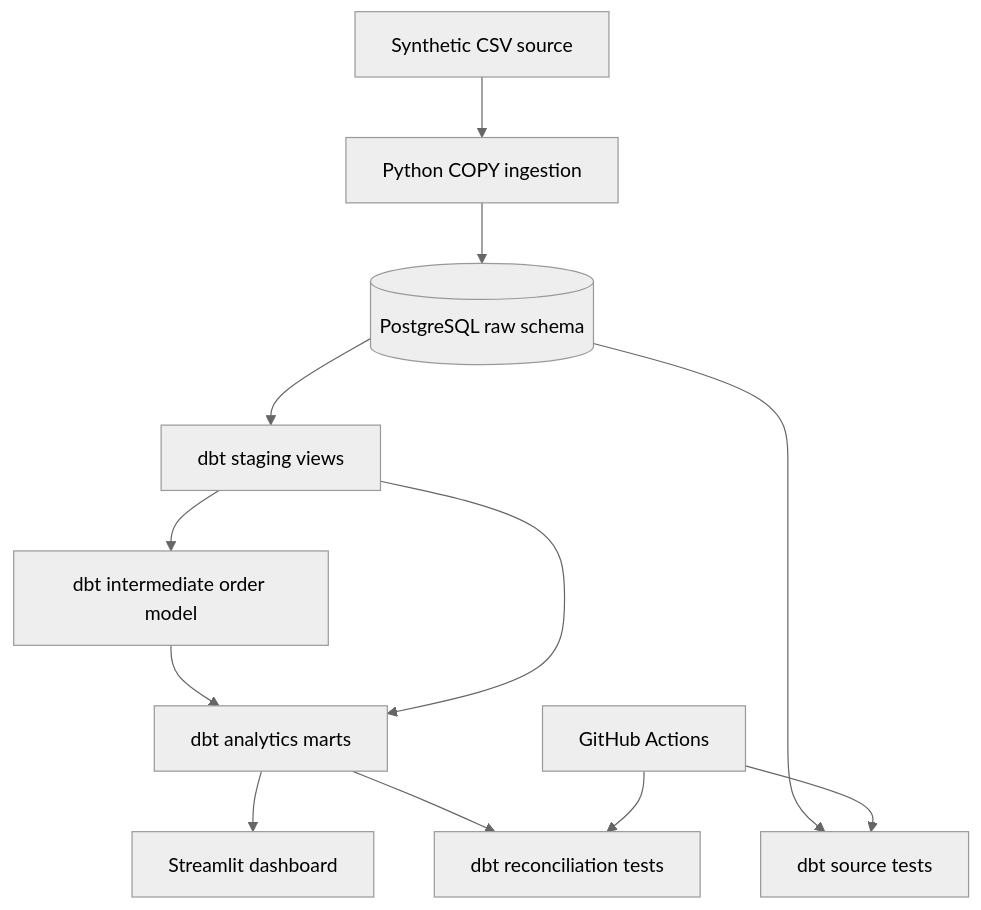
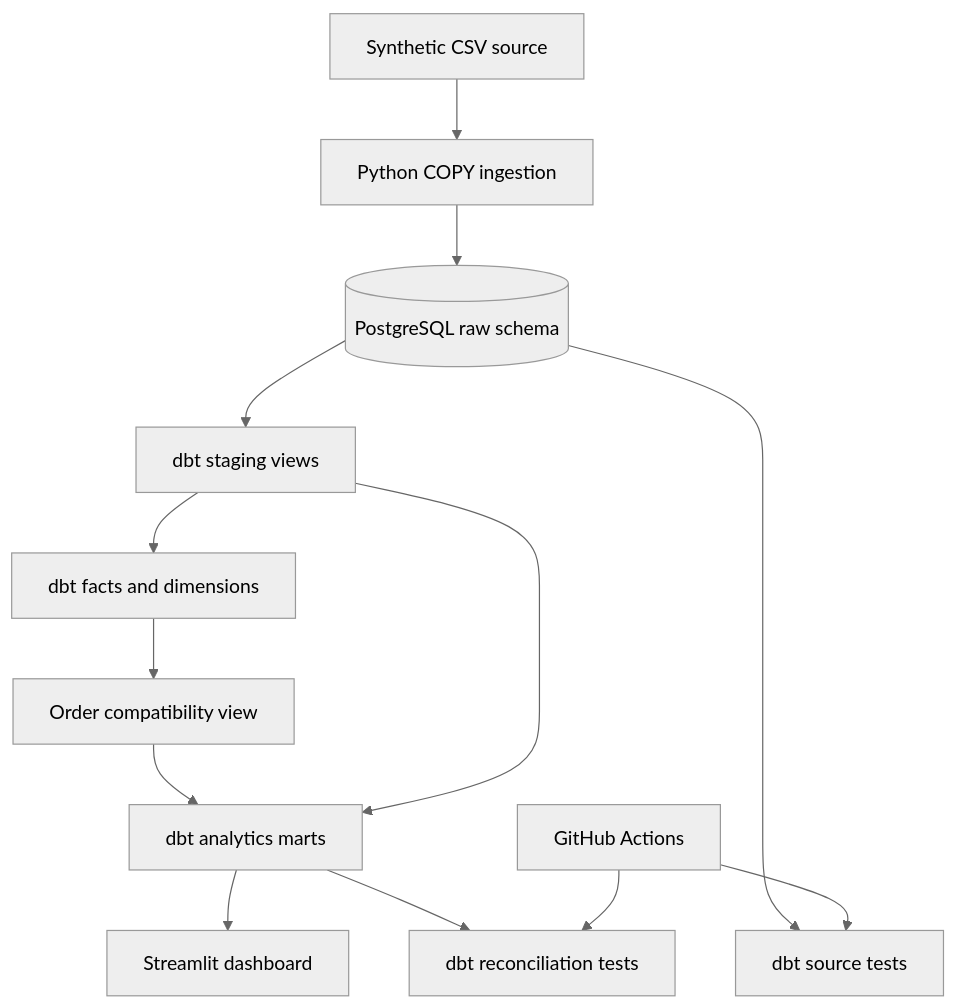
One commit to dutuvalentin16-dev/commerce-intelligence changed the diagram in README.md. Above: the diagram before and after it, drawn with Mermaid (neutral theme). The commit also changed other lines of this file and 17 other files, not shown here.

Commit message:
Add dimensional star schema and transactional incremental loading

````diff
--- a/README.md
+++ b/README.md
@@ -56,14 +56,15 @@
 ```mermaid
 flowchart TD
     A[Synthetic CSV source] --> B[Python COPY ingestion]
     B --> C[(PostgreSQL raw schema)]
     C --> D[dbt staging views]
-    D --> E[dbt intermediate order model]
+    D --> S[dbt facts and dimensions]
+    S --> E[Order compatibility view]
     E --> F[dbt analytics marts]
     D --> F
     F --> G[Streamlit dashboard]
     C --> H[dbt source tests]
     F --> I[dbt reconciliation tests]
     J[GitHub Actions] --> H
     J --> I
 ```
````
